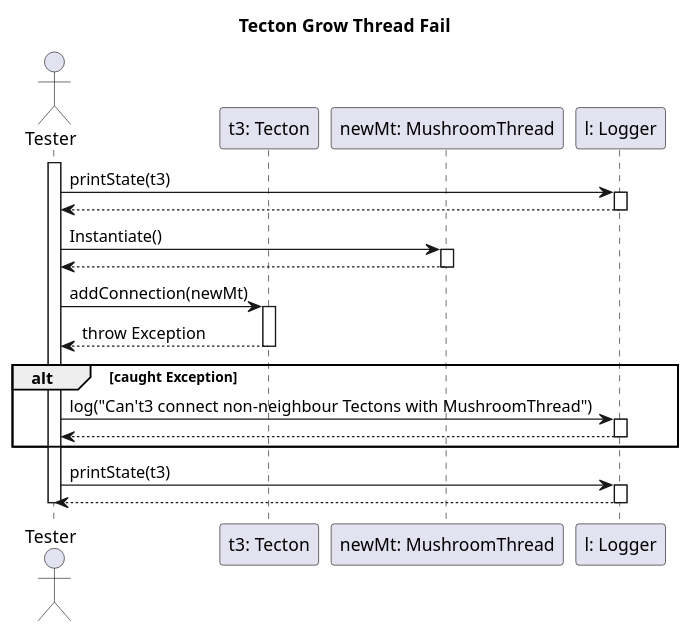
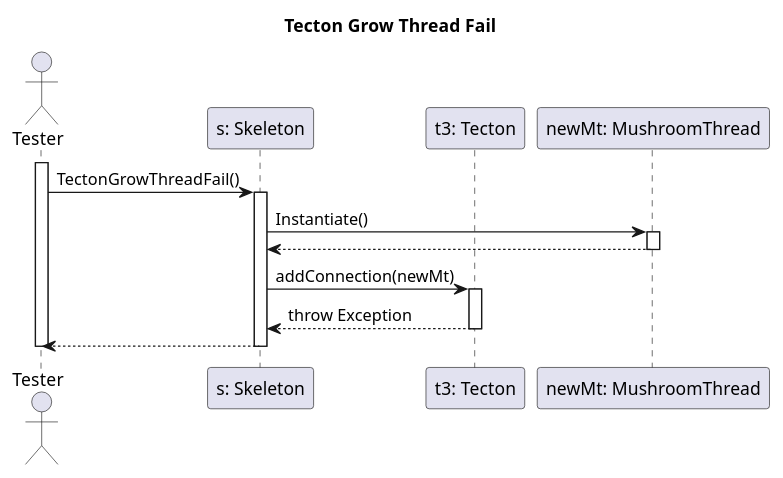
One commit to dzsem/projlab changed the diagram in diagrams/test-sequence/tectonGrowThreadFail.puml. Above: the diagram before and after it, drawn with PlantUML.

Commit message:
add skeleton, rem logger in tectonGrowThreadFail

```diff
--- a/diagrams/test-sequence/tectonGrowThreadFail.puml
+++ b/diagrams/test-sequence/tectonGrowThreadFail.puml
@@ -1,42 +1,31 @@
 @startuml tectonGrowThreadTest
 
 title Tecton Grow Thread Fail
 
 actor "Tester" as tst
+participant "s: Skeleton" as s
 participant "t3: Tecton" as t3
 participant "newMt: MushroomThread" as newMt
-participant "l: Logger" as l
 
 activate tst
 
-tst -> l: printState(t3)
-activate l
-tst <-- l
-deactivate l
+tst -> s: TectonGrowThreadFail()
+activate s
 
-tst -> newMt: Instantiate()
+s -> newMt: Instantiate()
 activate newMt
-tst <-- newMt
+s <-- newMt
 deactivate newMt
 
-tst -> t3: addConnection(newMt)
+s -> t3: addConnection(newMt)
 activate t3
 
-tst <-- t3: throw Exception
+s <-- t3: throw Exception
 deactivate t3
 
-alt caught Exception
-    tst -> l: log("Can't3 connect non-neighbour Tectons with MushroomThread")
-    activate l
-    tst <-- l
-    deactivate l    
-end
-
-tst -> l: printState(t3)
-activate l
-tst <-- l
-deactivate l
+tst <-- s
+deactivate s
 
 deactivate tst
 
 @enduml
```
